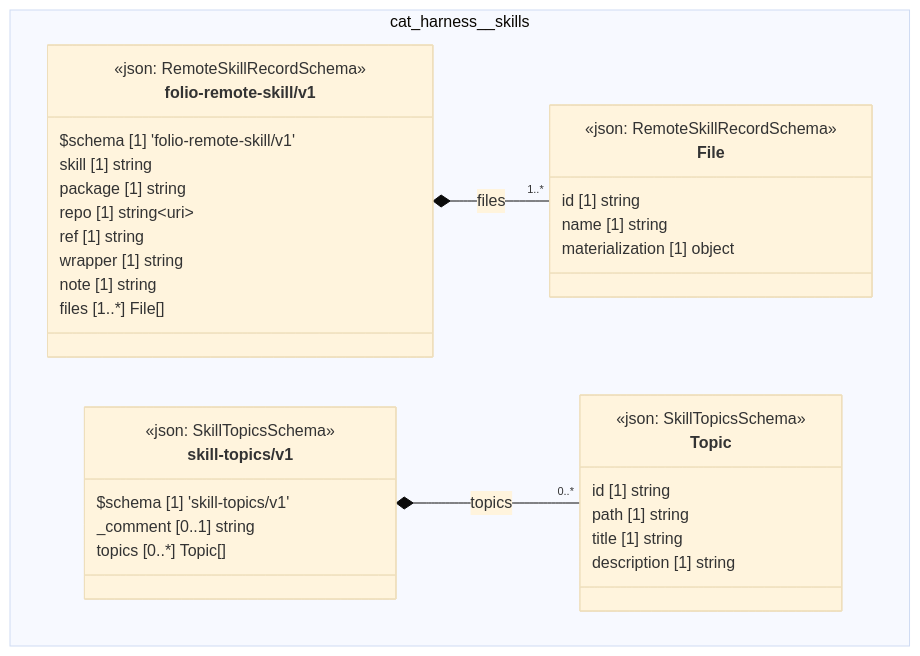
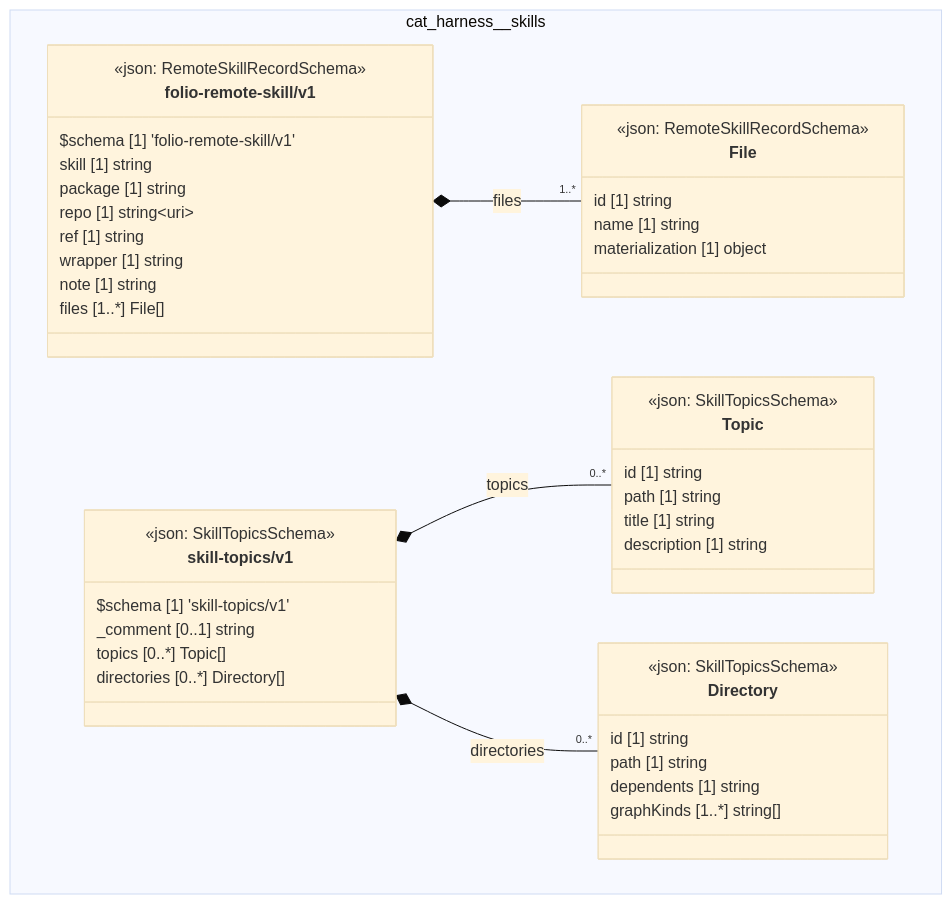
The diagram in cat-harness/uml/overview/cat-harness/skills.mmd (litlfred/folio-assistant), drawn with Mermaid (base theme) before and after one commit. The commit also changed 93 other files, not shown here.

```diff
--- a/cat-harness/uml/overview/cat-harness/skills.mmd
+++ b/cat-harness/uml/overview/cat-harness/skills.mmd
@@ -1,40 +1,50 @@
 classDiagram
   direction TB
   namespace cat_harness__skills {
     class cat_harness_skills_folio_remote_skill_v1_File["File"] {
       <<json: RemoteSkillRecordSchema>>
       id [1] string
       name [1] string
       materialization [1] object
     }
     class cat_harness_skills_folio_remote_skill_v1_folio_remote_skill_v1["folio-remote-skill/v1"] {
       <<json: RemoteSkillRecordSchema>>
       $schema [1] 'folio-remote-skill/v1'
       skill [1] string
       package [1] string
       repo [1] string~uri~
       ref [1] string
       wrapper [1] string
       note [1] string
       files [1..*] File[]
     }
     class cat_harness_skills_skill_topics_v1_Topic["Topic"] {
       <<json: SkillTopicsSchema>>
       id [1] string
       path [1] string
       title [1] string
       description [1] string
     }
+    class cat_harness_skills_skill_topics_v1_Directory["Directory"] {
+      <<json: SkillTopicsSchema>>
+      id [1] string
+      path [1] string
+      dependents [1] string
+      graphKinds [1..*] string[]
+    }
     class cat_harness_skills_skill_topics_v1_skill_topics_v1["skill-topics/v1"] {
       <<json: SkillTopicsSchema>>
       $schema [1] 'skill-topics/v1'
       _comment [0..1] string
       topics [0..*] Topic[]
+      directories [0..*] Directory[]
     }
   }
   cat_harness_skills_folio_remote_skill_v1_folio_remote_skill_v1 *-- "1..*" cat_harness_skills_folio_remote_skill_v1_File : files
   cat_harness_skills_skill_topics_v1_skill_topics_v1 *-- "0..*" cat_harness_skills_skill_topics_v1_Topic : topics
+  cat_harness_skills_skill_topics_v1_skill_topics_v1 *-- "0..*" cat_harness_skills_skill_topics_v1_Directory : directories
   cssClass "cat_harness_skills_folio_remote_skill_v1_File" fa_uml_kind_skills
   cssClass "cat_harness_skills_folio_remote_skill_v1_folio_remote_skill_v1" fa_uml_kind_skills
   cssClass "cat_harness_skills_skill_topics_v1_Topic" fa_uml_kind_skills
+  cssClass "cat_harness_skills_skill_topics_v1_Directory" fa_uml_kind_skills
   cssClass "cat_harness_skills_skill_topics_v1_skill_topics_v1" fa_uml_kind_skills
```
